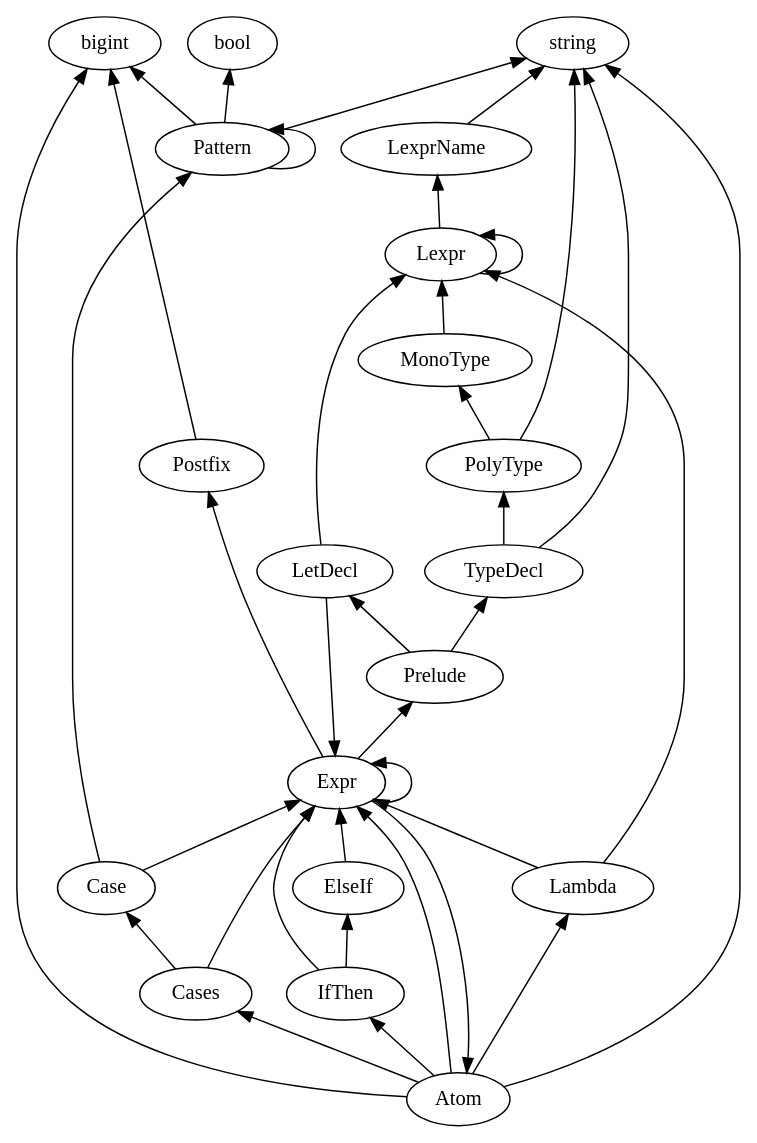
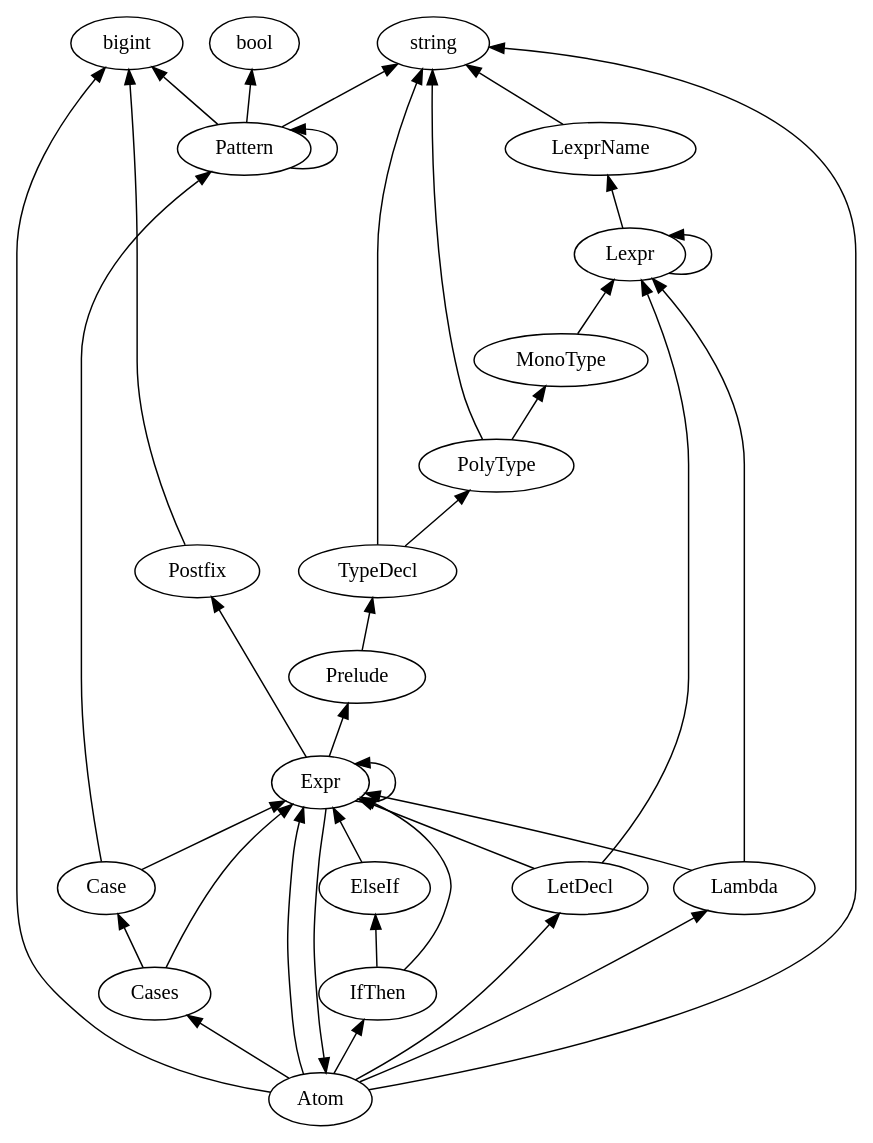
One commit to plutoscarab/Arafel changed the diagram in generated/productions.dot. Above: the diagram before and after it, drawn with Graphviz. The commit also changed 14 other files, not shown here.

Commit message:
move LetDecl to Atom as prep for removing Prelude

```diff
--- a/generated/productions.dot
+++ b/generated/productions.dot
@@ -1,40 +1,40 @@
 digraph G {
     rankdir="BT"
     { rank=same; bool; bigint; string; }
     Atom -> bigint
     Atom -> string
     Atom -> Lambda
     Atom -> Expr
     Atom -> Cases
     Atom -> IfThen
+    Atom -> LetDecl
     Case -> Pattern
     Case -> Expr
     Cases -> Expr
     Cases -> Case
     ElseIf -> Expr
     Expr -> Prelude
     Expr -> Atom
     Expr -> Expr
     Expr -> Postfix
     IfThen -> Expr
     IfThen -> ElseIf
     Lambda -> Lexpr
     Lambda -> Expr
     LetDecl -> Lexpr
     LetDecl -> Expr
     Lexpr -> LexprName
     Lexpr -> Lexpr
     LexprName -> string
     MonoType -> Lexpr
     Pattern -> string
     Pattern -> Pattern
     Pattern -> bigint
     Pattern -> bool
     PolyType -> string
     PolyType -> MonoType
     Postfix -> bigint
     Prelude -> TypeDecl
-    Prelude -> LetDecl
     TypeDecl -> string
     TypeDecl -> PolyType
 }
```
